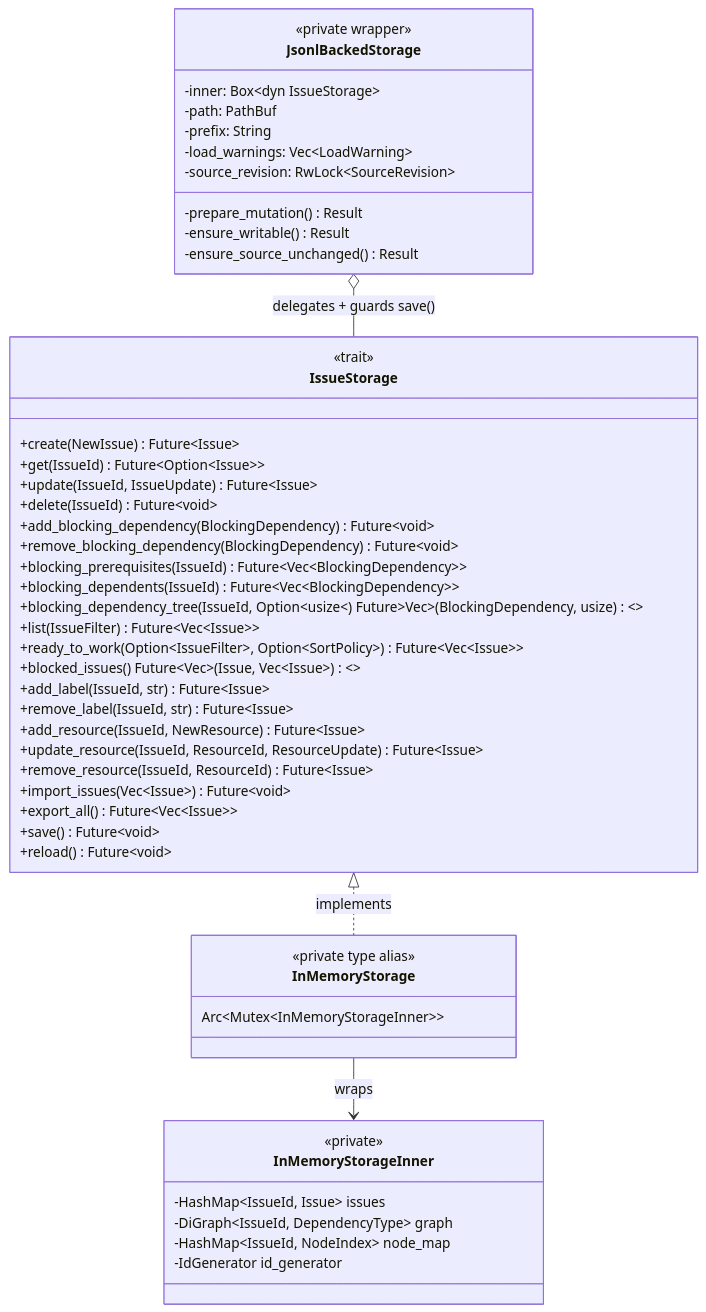
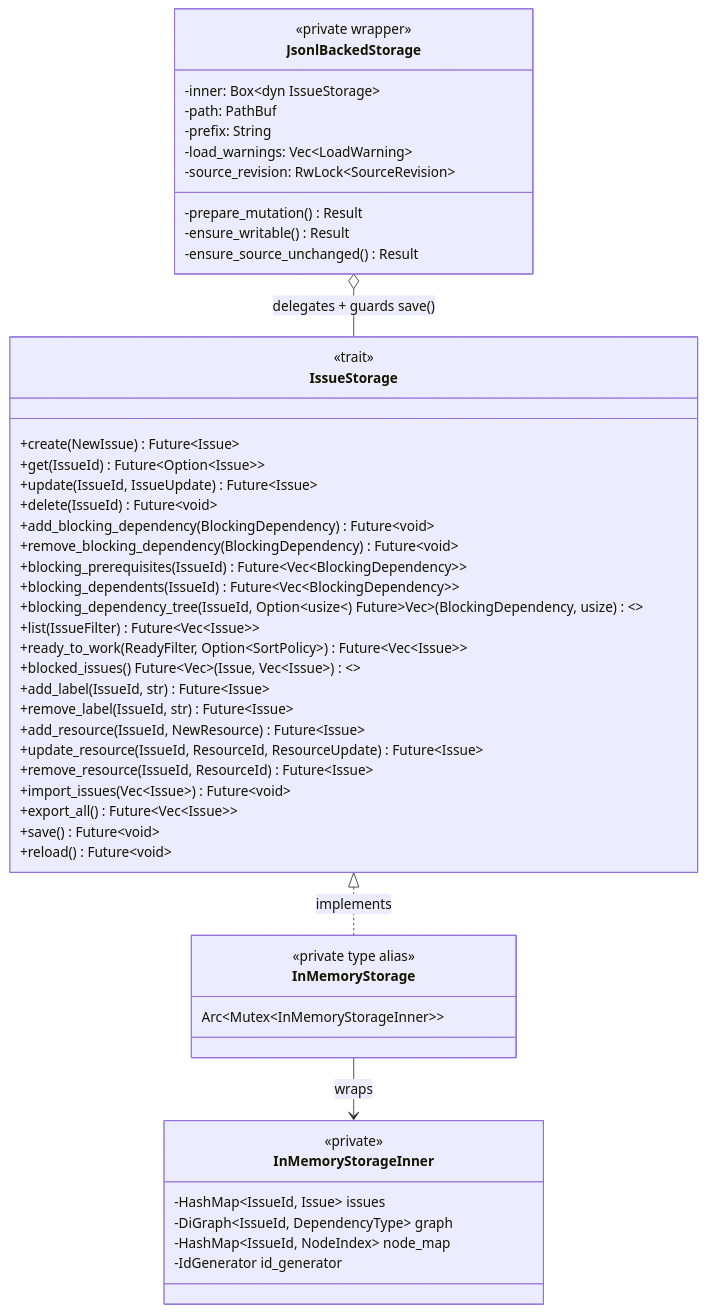
The first of 8 diagrams in docs/storage-architecture.md (dwalleck/rivets), drawn with Mermaid before and after one commit. The commit also changed other lines of this file and 26 other files, not shown here.

````diff
--- a/docs/storage-architecture.md
+++ b/docs/storage-architecture.md
@@ -7,56 +7,56 @@
 ```mermaid
 classDiagram
     class IssueStorage {
         <<trait>>
         +create(NewIssue) Future~Issue~
         +get(IssueId) Future~Option~Issue~~
         +update(IssueId, IssueUpdate) Future~Issue~
         +delete(IssueId) Future~void~
         +add_blocking_dependency(BlockingDependency) Future~void~
         +remove_blocking_dependency(BlockingDependency) Future~void~
         +blocking_prerequisites(IssueId) Future~Vec~BlockingDependency~~
         +blocking_dependents(IssueId) Future~Vec~BlockingDependency~~
         +blocking_dependency_tree(IssueId, Option~usize~) Future~Vec~(BlockingDependency, usize)~~
         +list(IssueFilter) Future~Vec~Issue~~
-        +ready_to_work(Option~IssueFilter~, Option~SortPolicy~) Future~Vec~Issue~~
+        +ready_to_work(ReadyFilter, Option~SortPolicy~) Future~Vec~Issue~~
         +blocked_issues() Future~Vec~(Issue, Vec~Issue~)~~
         +add_label(IssueId, str) Future~Issue~
         +remove_label(IssueId, str) Future~Issue~
         +add_resource(IssueId, NewResource) Future~Issue~
         +update_resource(IssueId, ResourceId, ResourceUpdate) Future~Issue~
         +remove_resource(IssueId, ResourceId) Future~Issue~
         +import_issues(Vec~Issue~) Future~void~
         +export_all() Future~Vec~Issue~~
         +save() Future~void~
         +reload() Future~void~
     }
 
     class InMemoryStorage {
         <<private type alias>>
         Arc~Mutex~InMemoryStorageInner~~
     }
 
     class InMemoryStorageInner {
         <<private>>
         -HashMap~IssueId, Issue~ issues
         -DiGraph~IssueId, DependencyType~ graph
         -HashMap~IssueId, NodeIndex~ node_map
         -IdGenerator id_generator
     }
 
     class JsonlBackedStorage {
         <<private wrapper>>
         -inner: Box~dyn IssueStorage~
         -path: PathBuf
         -prefix: String
         -load_warnings: Vec~LoadWarning~
         -source_revision: RwLock~SourceRevision~
         -prepare_mutation() Result
         -ensure_writable() Result
         -ensure_source_unchanged() Result
     }
 
     IssueStorage <|.. InMemoryStorage : implements
     InMemoryStorage --> InMemoryStorageInner : wraps
     JsonlBackedStorage o-- IssueStorage : delegates + guards save()
 ```
````
